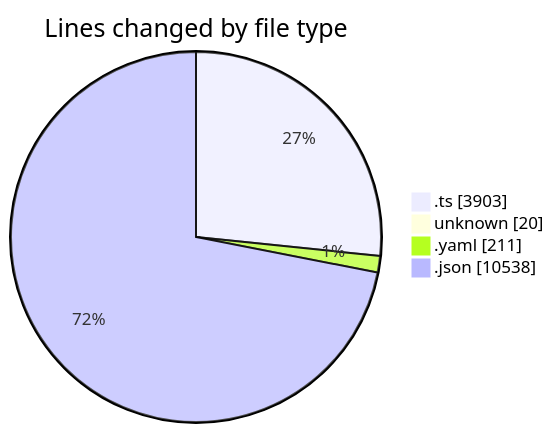
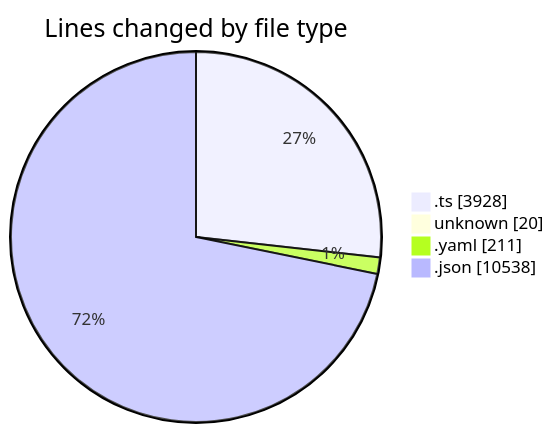
Before and after one commit to mevix1/code-tracking: the first of 2 diagrams in 2025-10-01/oura-api/README.md, drawn with Mermaid. The commit also changed other lines of this file and 1 other file, not shown here.

````diff
--- a/2025-10-01/oura-api/README.md
+++ b/2025-10-01/oura-api/README.md
@@ -58,8 +59,8 @@
 ```mermaid
 pie showData
 title Lines changed by file type
-".ts" : 3903
+".ts" : 3928
 "unknown" : 20
 ".yaml" : 211
 ".json" : 10538
 ```
````
